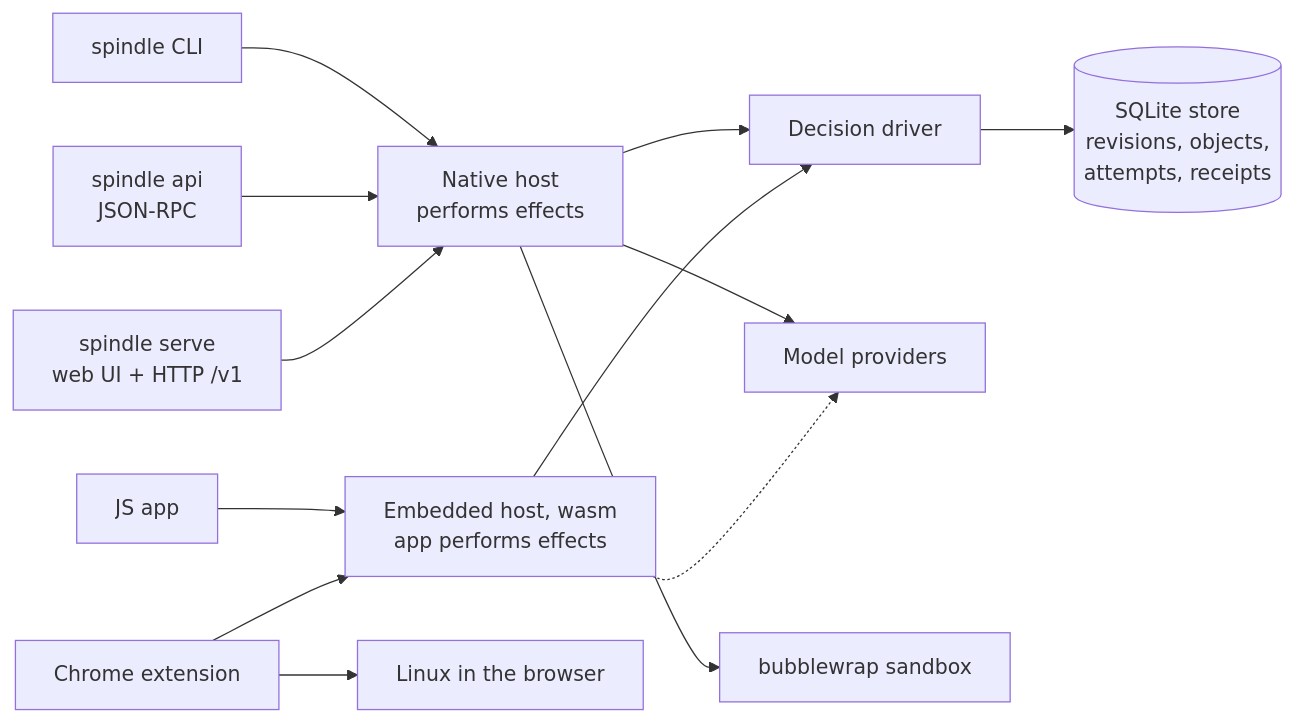
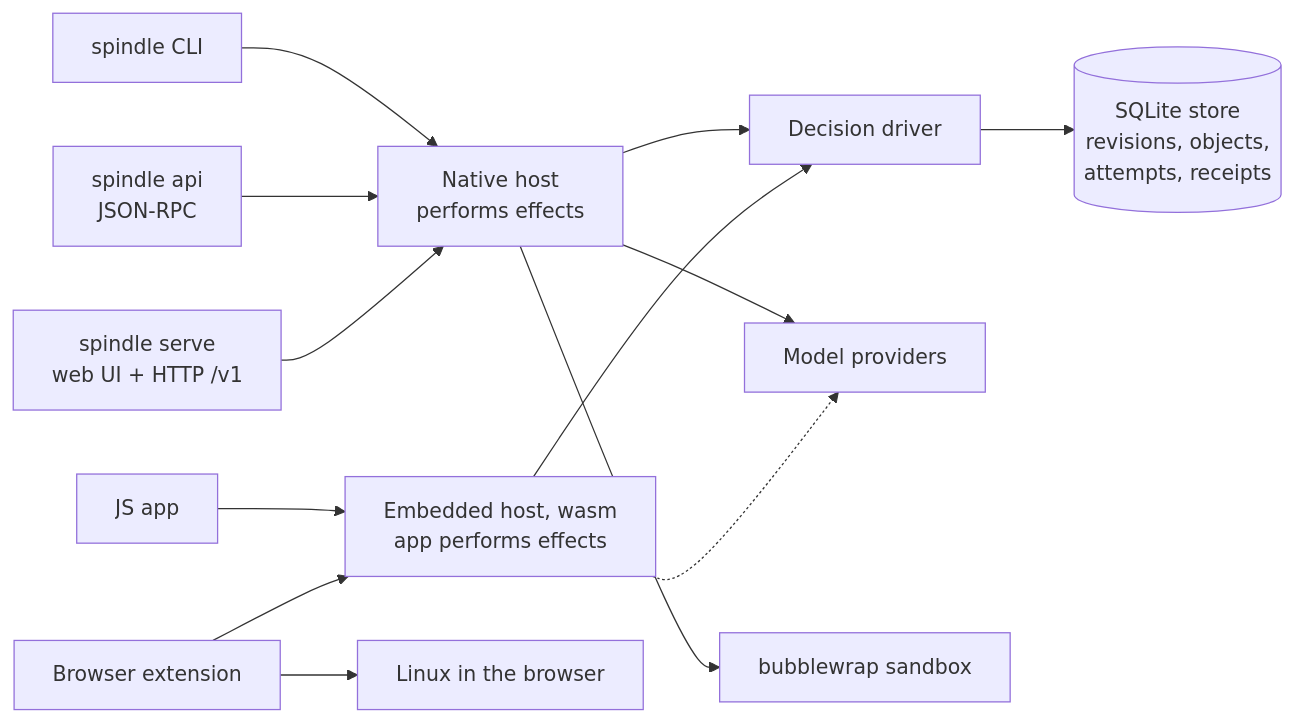
One commit to SiliconState/Spindle changed the diagram in README.md. Above: the diagram before and after it, drawn with Mermaid. The commit also changed other lines of this file and 5 other files, not shown here.

````diff
--- a/README.md
+++ b/README.md
@@ -57,17 +63,17 @@
 ```mermaid
 flowchart LR
     CLI["spindle CLI"] --> Native
     Stdio["spindle api<br/>JSON-RPC"] --> Native
     Serve["spindle serve<br/>web UI + HTTP /v1"] --> Native
     App["JS app"] --> Embedded
-    Chrome["Chrome extension"] --> Embedded
+    Chrome["Browser extension"] --> Embedded
 
     Native["Native host<br/>performs effects"] --> Driver
     Embedded["Embedded host, wasm<br/>app performs effects"] --> Driver
 
     Driver["Decision driver"] --> Store[("SQLite store<br/>revisions, objects,<br/>attempts, receipts")]
     Native --> Providers["Model providers"]
     Native --> Sandbox["bubblewrap sandbox"]
     Embedded -.-> Providers
     Chrome --> BrowserLinux["Linux in the browser"]
 ```
````
